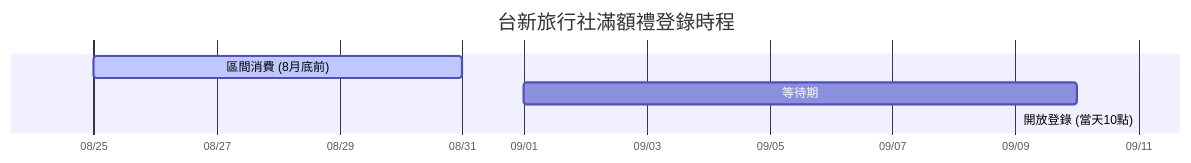
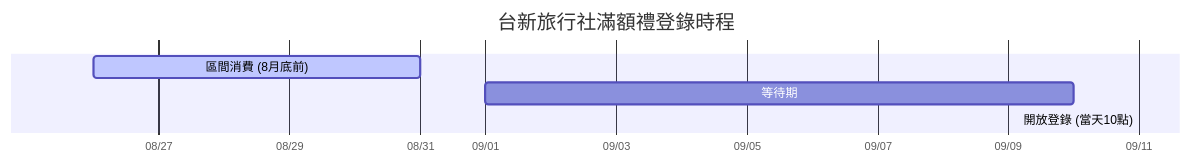
One commit to eddiet51/iceland20270402 changed the diagram in src/site/notes/2-專案/2027冰島自駕/2027-04-02 8天_5天5夜_3人版/8天冰島5天5夜：2027-04-02.md. Above: the diagram before and after it, drawn with Mermaid. The commit also changed other lines of this file and 2 other files, not shown here.

````diff
--- a/src/site/notes/2-專案/2027冰島自駕/2027-04-02 8天_5天5夜_3人版/8天冰島5天5夜：2027-04-02.md
+++ b/src/site/notes/2-專案/2027冰島自駕/2027-04-02 8天_5天5夜_3人版/8天冰島5天5夜：2027-04-02.md
@@ -125,10 +125,10 @@
 ```mermaid
 gantt
     title 台新旅行社滿額禮登錄時程
     dateFormat  YYYY-MM-DD
     axisFormat  %m/%d
     
-    區間消費 (8月底前)   :active, 2026-08-25, 2026-08-31
+    區間消費 (8月底前)   :active, 2026-08-26, 2026-08-31
     等待期             : 2026-09-01, 2026-09-10
     開放登錄 (當天10點) :crit, 2026-09-11, 2026-09-11
 ```
````
